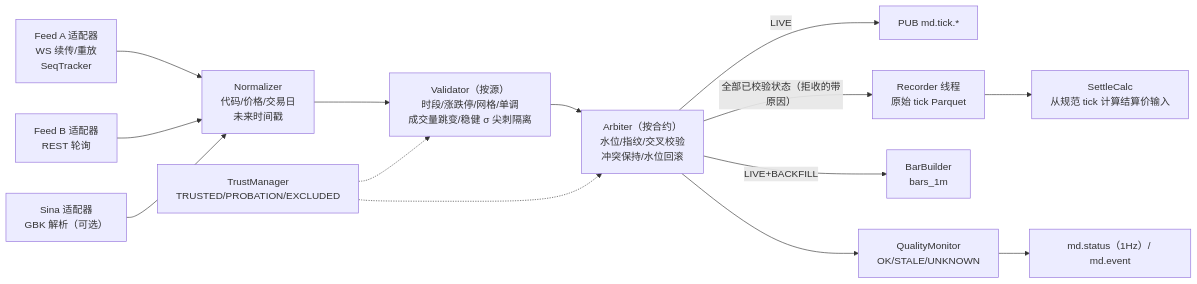
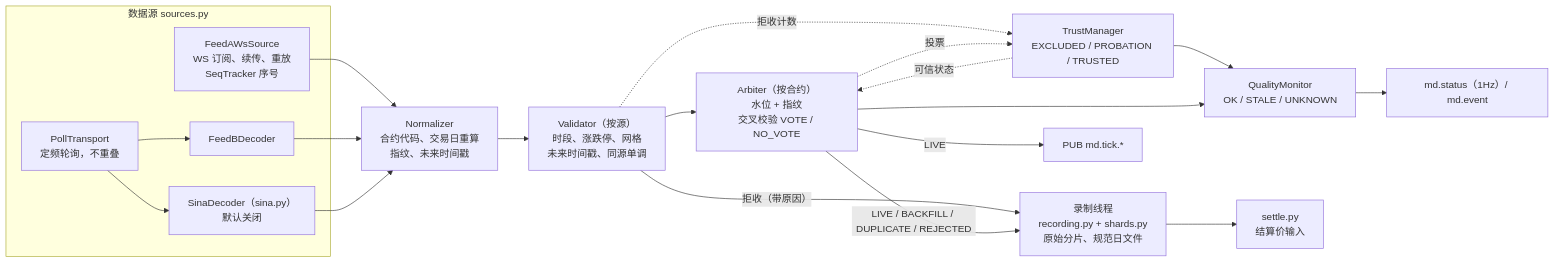
Before and after one commit to tom-xue-dev/futrisk: the fourth of 17 diagrams in docs/01-architecture.md, drawn with Mermaid. The commit also changed other lines of this file and 31 other files, not shown here.

First line of the commit message:
文档：按代码重建 docs 为 v1.0，全量验证并重拍截图

````diff
--- a/docs/01-architecture.md
+++ b/docs/01-architecture.md
@@ -306,16 +307,32 @@
 ```mermaid
 flowchart LR
-    A["Feed A 适配器<br/>WS 续传/重放<br/>SeqTracker"] --> N["Normalizer<br/>代码/价格/交易日<br/>未来时间戳"]
-    B["Feed B 适配器<br/>REST 轮询"] --> N
-    S["Sina 适配器<br/>GBK 解析（可选）"] --> N
-    N --> V["Validator（按源）<br/>时段/涨跌停/网格/单调<br/>成交量跳变/稳健 σ 尖刺隔离"]
-    V --> ARB["Arbiter（按合约）<br/>水位/指纹/交叉校验<br/>冲突保持/水位回滚"]
-    TM["TrustManager<br/>TRUSTED/PROBATION/EXCLUDED"] -.-> V
-    TM -.-> ARB
+    subgraph SRC["数据源 sources.py"]
+        A["FeedAWsSource<br/>WS 订阅、续传、重放<br/>SeqTracker 序号"]
+        PT["PollTransport<br/>定频轮询，不重叠"]
+        FB["FeedBDecoder"]
+        SD["SinaDecoder（sina.py）<br/>默认关闭"]
+    end
+    N["Normalizer<br/>合约代码、交易日重算<br/>指纹、未来时间戳"]
+    V["Validator（按源）<br/>时段、涨跌停、网格<br/>未来时间戳、同源单调"]
+    ARB["Arbiter（按合约）<br/>水位 + 指纹<br/>交叉校验 VOTE / NO_VOTE"]
+    TM["TrustManager<br/>EXCLUDED / PROBATION / TRUSTED"]
+    QM["QualityMonitor<br/>OK / STALE / UNKNOWN"]
+    REC["录制线程<br/>recording.py + shards.py<br/>原始分片、规范日文件"]
+    SET["settle.py<br/>结算价输入"]
+    PT --> FB
+    PT --> SD
+    A --> N
+    FB --> N
+    SD --> N
+    N --> V --> ARB
     ARB -->|"LIVE"| PUB["PUB md.tick.*"]
-    ARB -->|"全部已校验状态（拒收的带原因）"| REC["Recorder 线程<br/>原始 tick Parquet"]
-    ARB -->|"LIVE+BACKFILL"| BAR["BarBuilder<br/>bars_1m"]
-    REC --> SET["SettleCalc<br/>从规范 tick 计算结算价输入"]
-    ARB --> QM["QualityMonitor<br/>OK/STALE/UNKNOWN"]
+    V -->|"拒收（带原因）"| REC
+    ARB -->|"LIVE / BACKFILL / DUPLICATE / REJECTED"| REC
+    REC --> SET
+    V -.->|"拒收计数"| TM
+    ARB -.->|"投票"| TM
+    TM -.->|"可信状态"| ARB
+    TM --> QM
+    ARB --> QM
     QM --> ST["md.status（1Hz）/ md.event"]
 ```
````
